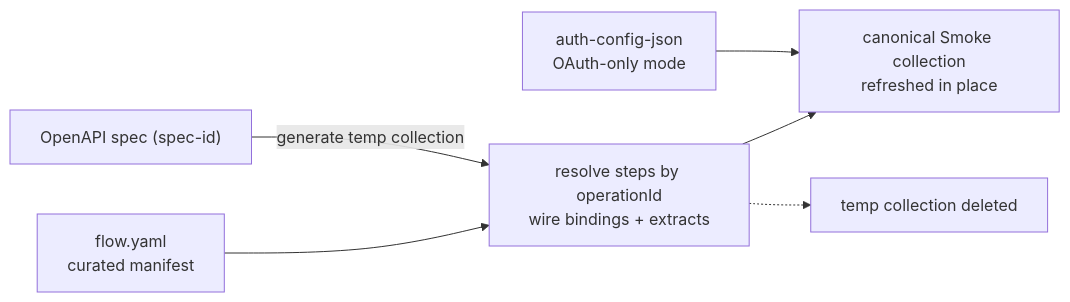
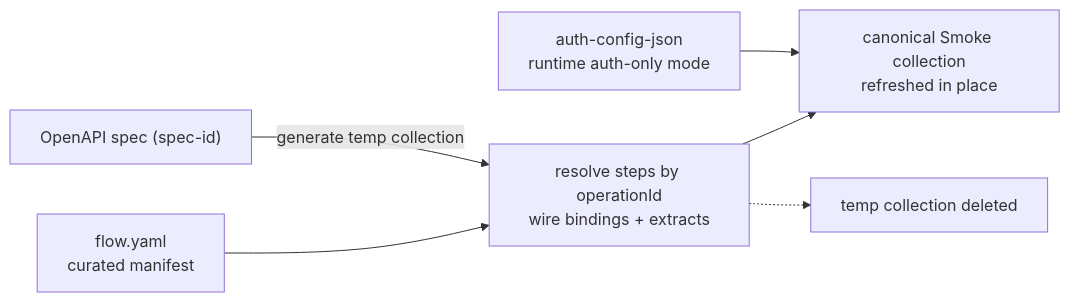
Before and after one commit to postman-cs/postman-smoke-flow-action: the diagram in README.md, drawn with Mermaid. The commit also changed other lines of this file and 15 other files, not shown here.

````diff
--- a/README.md
+++ b/README.md
@@ -218,8 +234,8 @@
 ```mermaid
 flowchart LR
     M["flow.yaml<br/>curated manifest"] --> R
     S["OpenAPI spec (spec-id)"] -->|"generate temp collection"| R["resolve steps by operationId<br/>wire bindings + extracts"]
     R --> C["canonical Smoke collection<br/>refreshed in place"]
     R -.-> T["temp collection deleted"]
-    O["auth-config-json<br/>OAuth-only mode"] --> C
+    O["auth-config-json<br/>runtime auth-only mode"] --> C
 ```
````
